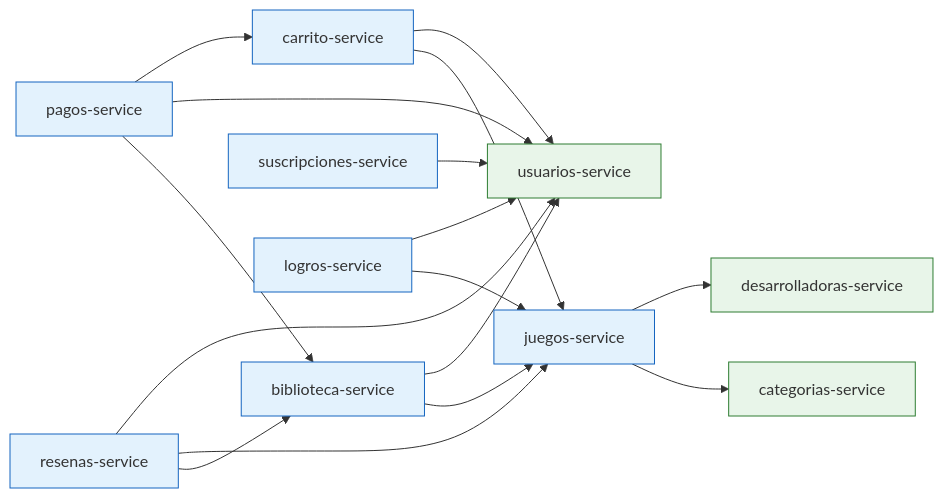
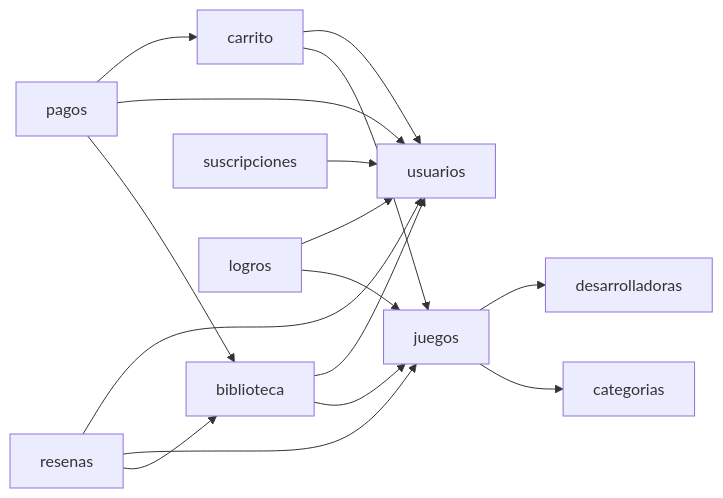
Before and after one commit to roz-ctrl/plataforma-videojuegos: the second of 4 diagrams in ARQUITECTURA.md, drawn with Mermaid. The commit also changed other lines of this file and 3 other files, not shown here.

````diff
--- a/ARQUITECTURA.md
+++ b/ARQUITECTURA.md
@@ -57,29 +46,24 @@
 ```mermaid
 flowchart LR
-    J[juegos-service] --> D[desarrolladoras-service]
-    J --> C[categorias-service]
+    J[juegos] --> D[desarrolladoras]
+    J --> C[categorias]
 
-    CA[carrito-service] --> U[usuarios-service]
+    CA[carrito] --> U[usuarios]
     CA --> J
 
-    B[biblioteca-service] --> U
+    B[biblioteca] --> U
     B --> J
 
-    P[pagos-service] --> CA
+    P[pagos] --> CA
     P --> U
     P --> B
 
-    S[suscripciones-service] --> U
+    S[suscripciones] --> U
 
-    L[logros-service] --> U
+    L[logros] --> U
     L --> J
 
-    R[resenas-service] --> U
+    R[resenas] --> U
     R --> J
     R --> B
-
-    classDef base fill:#e8f5e9,stroke:#2e7d32;
-    classDef consumidor fill:#e3f2fd,stroke:#1565c0;
-    class U,D,C base;
-    class J,CA,P,B,S,L,R consumidor;
 ```
````
